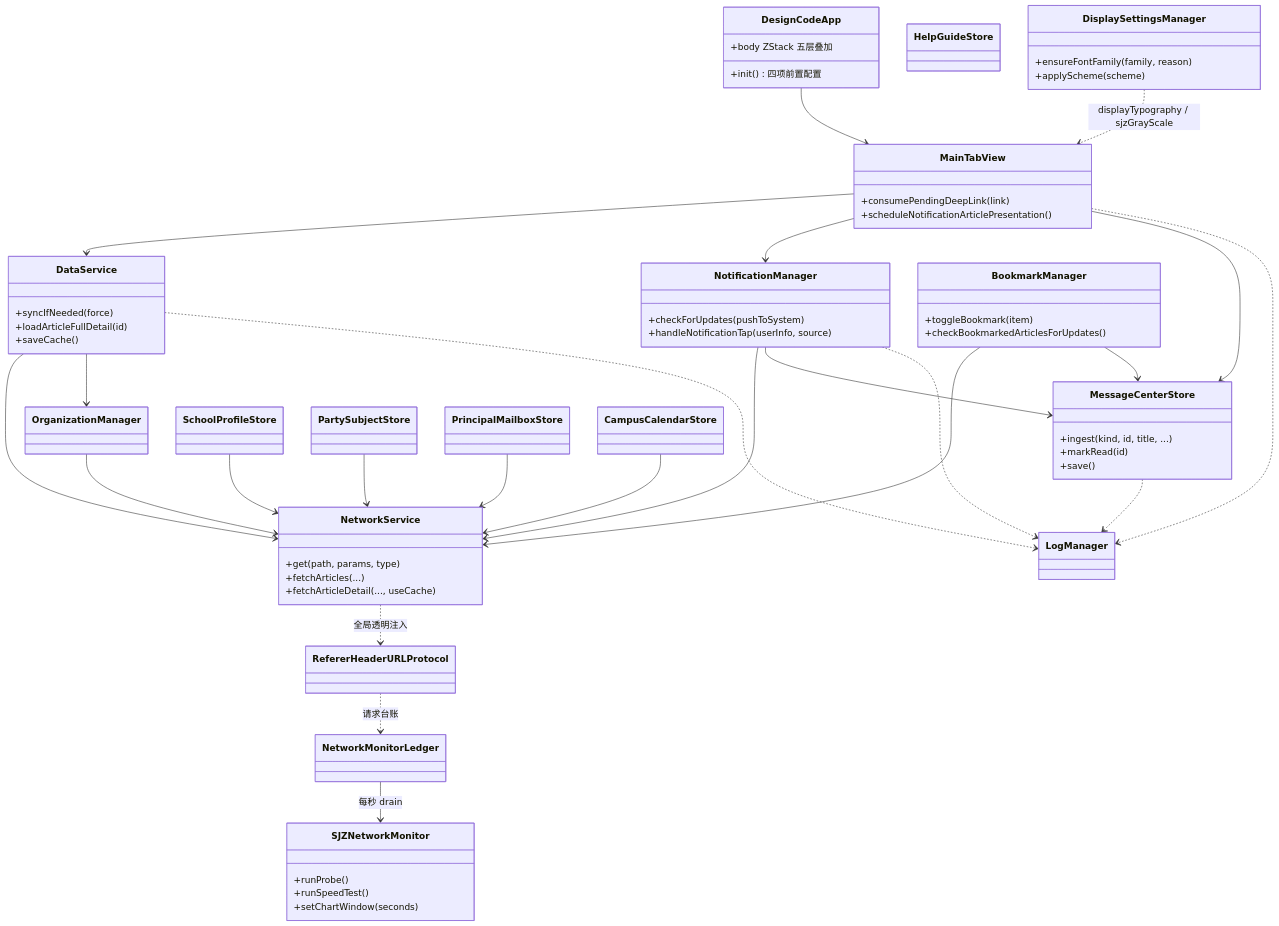
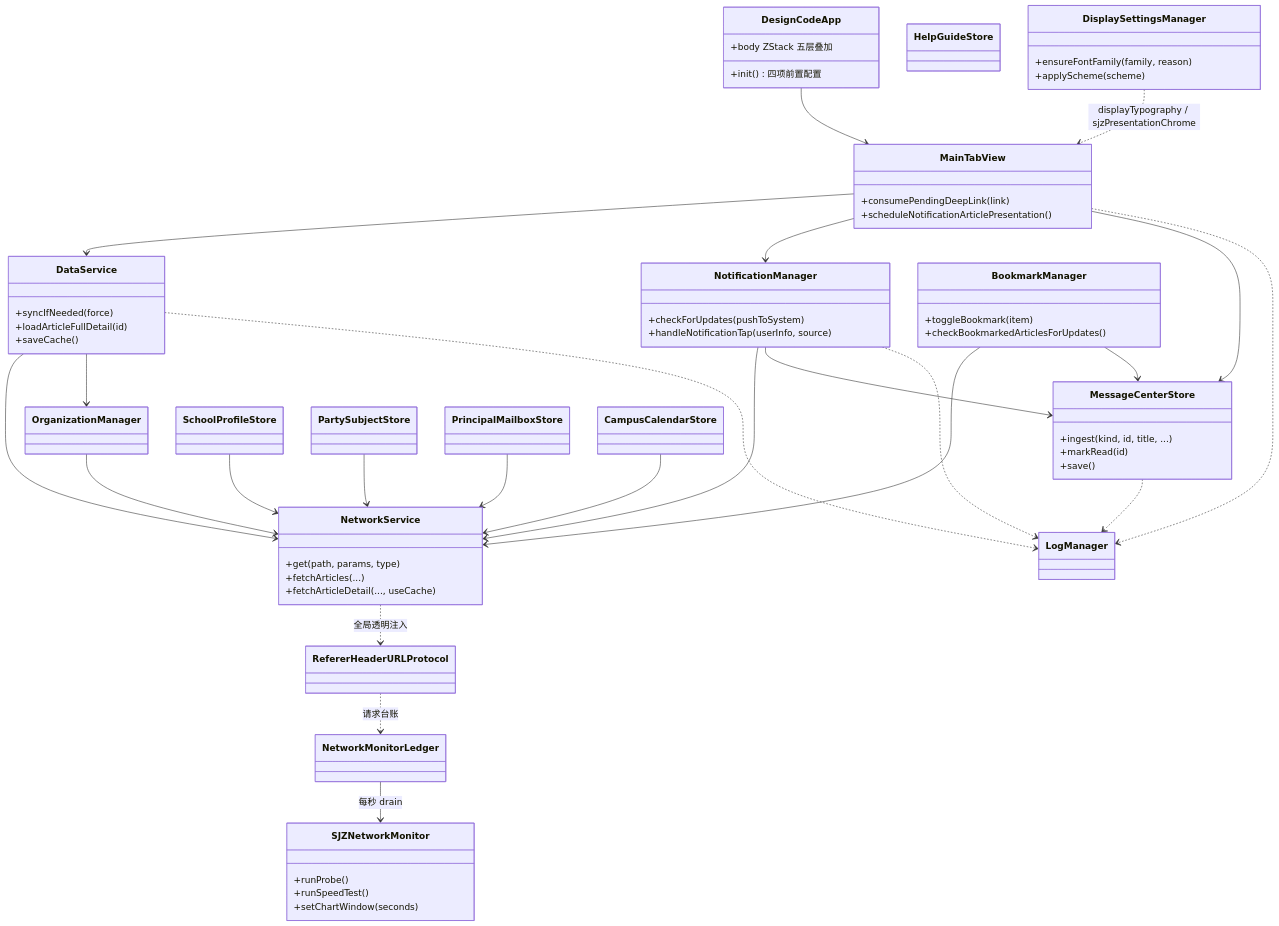
Before and after one commit to kkkh/demo: the diagram in qin/docs/code-wiki/03-关键类与函数参考.md, drawn with Mermaid. The commit also changed other lines of this file and 7 other files, not shown here.

````diff
--- a/qin/docs/code-wiki/03-关键类与函数参考.md
+++ b/qin/docs/code-wiki/03-关键类与函数参考.md
@@ -9,76 +9,76 @@
 ```mermaid
 classDiagram
     class DesignCodeApp {
         +init() 四项前置配置
         +body ZStack 五层叠加
     }
     class MainTabView {
         +consumePendingDeepLink(link)
         +scheduleNotificationArticlePresentation()
     }
     class NetworkService {
         +get(path, params, type)
         +fetchArticles(...)
         +fetchArticleDetail(..., useCache)
     }
     class DataService {
         +syncIfNeeded(force)
         +loadArticleFullDetail(id)
         +saveCache()
     }
     class NotificationManager {
         +checkForUpdates(pushToSystem)
         +handleNotificationTap(userInfo, source)
     }
     class MessageCenterStore {
         +ingest(kind, id, title, ...)
         +markRead(id)
         +save()
     }
     class BookmarkManager {
         +toggleBookmark(item)
         +checkBookmarkedArticlesForUpdates()
     }
     class OrganizationManager
     class SchoolProfileStore
     class PartySubjectStore
     class PrincipalMailboxStore
     class HelpGuideStore
     class CampusCalendarStore
     class DisplaySettingsManager {
         +ensureFontFamily(family, reason)
         +applyScheme(scheme)
     }
     class SJZNetworkMonitor {
         +runProbe()
         +runSpeedTest()
         +setChartWindow(seconds)
     }
     class NetworkMonitorLedger
     class RefererHeaderURLProtocol
     class LogManager
 
     DesignCodeApp --> MainTabView
     MainTabView --> DataService
     MainTabView --> NotificationManager
     MainTabView --> MessageCenterStore
     DataService --> NetworkService
     DataService --> OrganizationManager
     NotificationManager --> NetworkService
     NotificationManager --> MessageCenterStore
     BookmarkManager --> NetworkService
     BookmarkManager --> MessageCenterStore
     OrganizationManager --> NetworkService
     SchoolProfileStore --> NetworkService
     PartySubjectStore --> NetworkService
     PrincipalMailboxStore --> NetworkService
     CampusCalendarStore --> NetworkService
-    DisplaySettingsManager ..> MainTabView : displayTypography / sjzGrayScale
+    DisplaySettingsManager ..> MainTabView : displayTypography / sjzPresentationChrome
     NetworkService ..> RefererHeaderURLProtocol : 全局透明注入
     RefererHeaderURLProtocol ..> NetworkMonitorLedger : 请求台账
     NetworkMonitorLedger --> SJZNetworkMonitor : 每秒 drain
     MainTabView ..> LogManager
     DataService ..> LogManager
     NotificationManager ..> LogManager
     MessageCenterStore ..> LogManager
 ```
````
